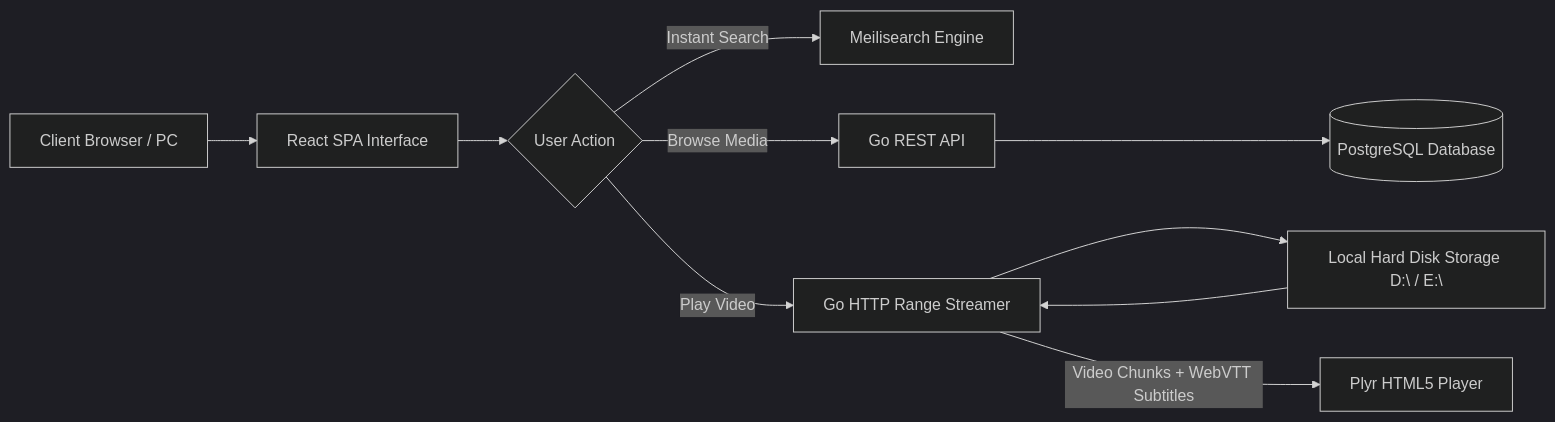
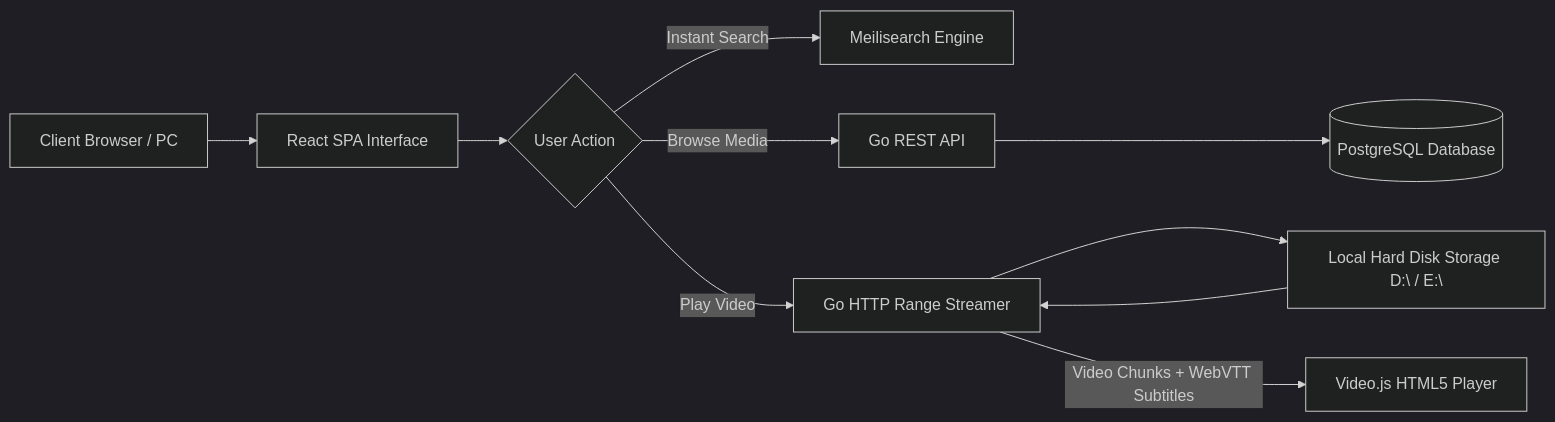
Before and after one commit to mosaa65/NEXORA: the first of 3 diagrams in README.md, drawn with Mermaid (dark theme). The commit also changed other lines of this file and 20 other files, not shown here.

Commit message:
feat(player): migrate to Video.js with watch screen and global mini dock

````diff
--- a/README.md
+++ b/README.md
@@ -236,12 +236,12 @@
 ```mermaid
 flowchart LR
     A[Client Browser / PC] --> B[React SPA Interface]
     B --> C{User Action}
     C -->|Instant Search| D[Meilisearch Engine]
     C -->|Browse Media| E[Go REST API]
     C -->|Play Video| F[Go HTTP Range Streamer]
     E --> G[(PostgreSQL Database)]
     F --> H[Local Hard Disk Storage D:\ / E:\]
     H --> F
-    F -->|Video Chunks + WebVTT Subtitles| I[Plyr HTML5 Player]
+    F -->|Video Chunks + WebVTT Subtitles| I[Video.js HTML5 Player]
 ```
````
